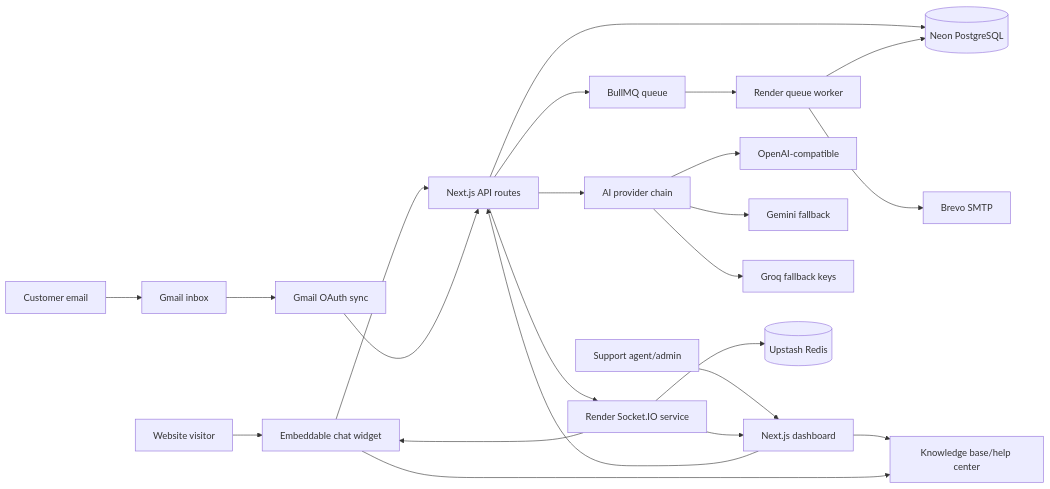
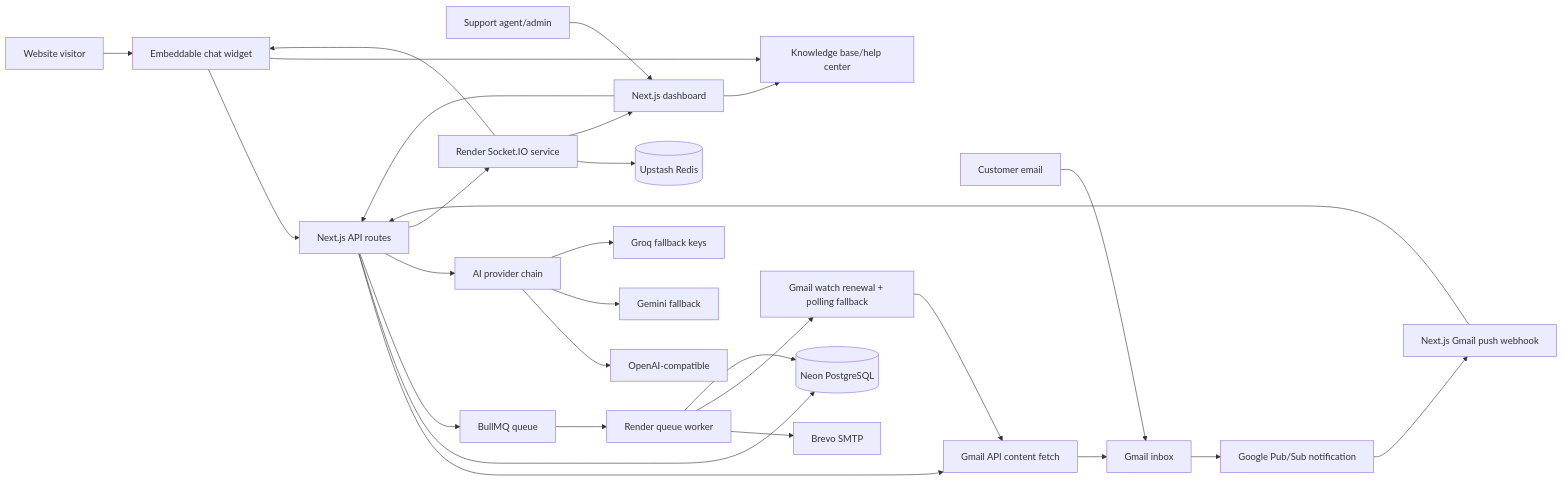
The first of 11 diagrams in README.md (swaritpatel/CustomerCommunicationPortal), drawn with Mermaid before and after one commit. The commit also changed other lines of this file and 2 other files, not shown here.

Commit message:
Added Pub Sub For Gmail

````diff
--- a/README.md
+++ b/README.md
@@ -111,30 +113,35 @@
 ```mermaid
 flowchart LR
   Visitor[Website visitor] --> Widget[Embeddable chat widget]
   CustomerEmail[Customer email] --> Gmail[Gmail inbox]
   Agent[Support agent/admin] --> Dashboard[Next.js dashboard]
 
   Widget --> NextAPI[Next.js API routes]
   Dashboard --> NextAPI
-  Gmail --> GmailSync[Gmail OAuth sync]
-  GmailSync --> NextAPI
+  Gmail --> PubSub[Google Pub/Sub notification]
+  PubSub --> GmailPush[Next.js Gmail push webhook]
+  GmailPush --> NextAPI
+  NextAPI --> GmailAPI[Gmail API content fetch]
+  GmailAPI --> Gmail
 
   NextAPI --> DB[(Neon PostgreSQL)]
   NextAPI --> Queue[BullMQ queue]
   Queue --> Worker[Render queue worker]
   Worker --> SMTP[Brevo SMTP]
+  Worker --> WatchRenew[Gmail watch renewal + polling fallback]
+  WatchRenew --> GmailAPI
   Worker --> DB
 
   NextAPI --> AI[AI provider chain]
   AI --> OpenAI[OpenAI-compatible]
   AI --> Gemini[Gemini fallback]
   AI --> Groq[Groq fallback keys]
 
   NextAPI --> Realtime[Render Socket.IO service]
   Realtime --> Redis[(Upstash Redis)]
   Realtime --> Widget
   Realtime --> Dashboard
 
   Dashboard --> HelpCenter[Knowledge base/help center]
   Widget --> HelpCenter
 ```
````
